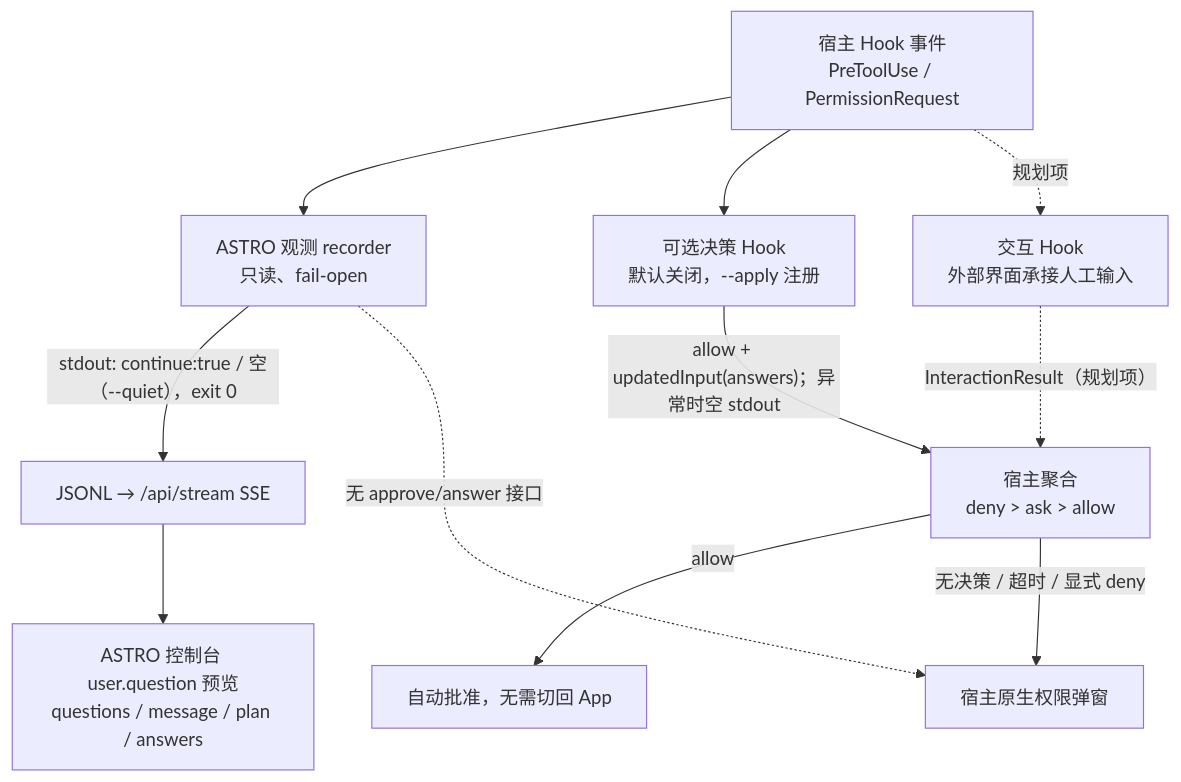
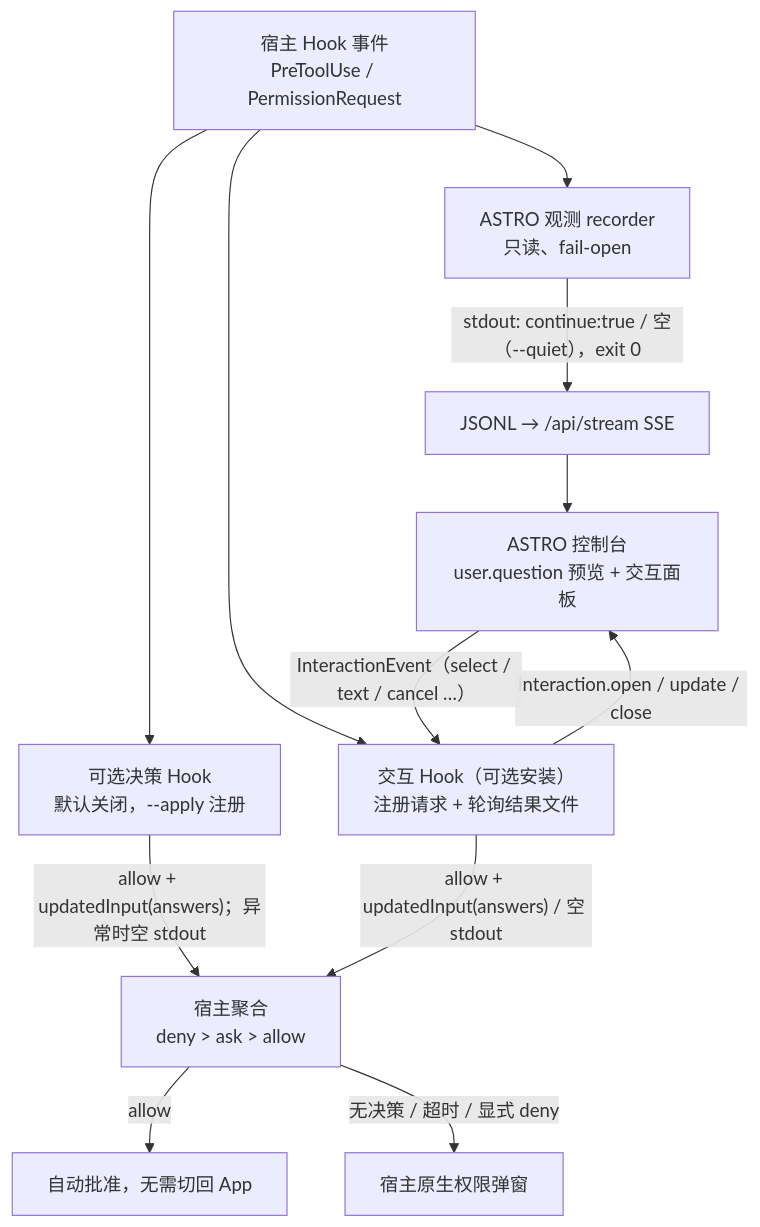
One commit to chaos-design/astro changed the first of 2 diagrams in docs/interaction-hooks-zh.md. Above: the diagram before and after it, drawn with Mermaid. The commit also changed other lines of this file and 40 other files, not shown here.

First line of the commit message:
feat(interaction): add AskUserQuestion console answer bridge

````diff
--- a/docs/interaction-hooks-zh.md
+++ b/docs/interaction-hooks-zh.md
@@ -30,13 +32,14 @@
 ```mermaid
 flowchart TB
   H["宿主 Hook 事件<br/>PreToolUse / PermissionRequest"] --> O["ASTRO 观测 recorder<br/>只读、fail-open"]
   H --> D["可选决策 Hook<br/>默认关闭，--apply 注册"]
-  H -.->|规划项| I["交互 Hook<br/>外部界面承接人工输入"]
-  O -->|"stdout: continue:true / 空（--quiet），exit 0"| J["JSONL → /api/stream SSE<br/>"]
-  J --> U["ASTRO 控制台 user.question 预览<br/>questions / message / plan / answers"]
+  H --> I["交互 Hook（可选安装）<br/>注册请求 + 轮询结果文件"]
+  O -->|"stdout: continue:true / 空（--quiet），exit 0"| J["JSONL → /api/stream SSE"]
+  J --> U["ASTRO 控制台<br/>user.question 预览 + 交互面板"]
   D -->|"allow + updatedInput(answers)；异常时空 stdout"| AGG["宿主聚合<br/>deny &gt; ask &gt; allow"]
-  I -.->|"InteractionResult（规划项）"| AGG
+  I -->|"allow + updatedInput(answers) / 空 stdout"| AGG
+  I -->|"interaction.open / update / close"| U
+  U -->|"InteractionEvent（select / text / cancel …）"| I
   AGG -->|"allow"| GO["自动批准，无需切回 App"]
   AGG -->|"无决策 / 超时 / 显式 deny"| PROMPT["宿主原生权限弹窗"]
-  O -.->|"无 approve/answer 接口"| PROMPT
 ```
````
